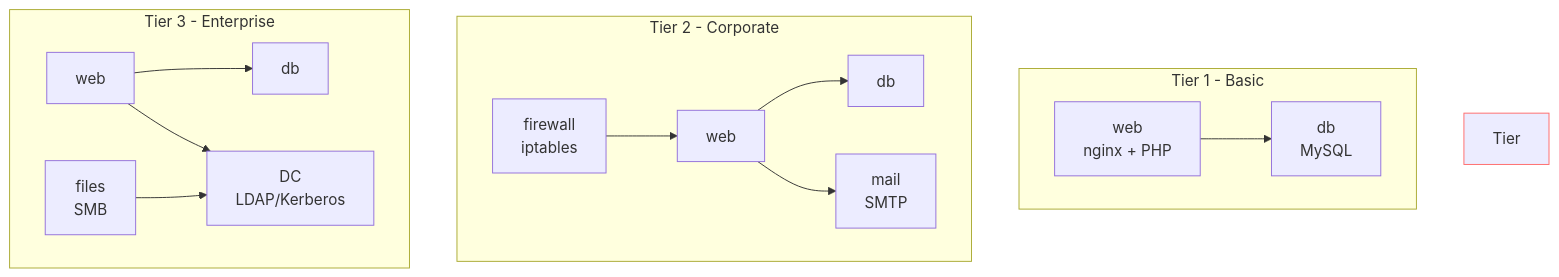
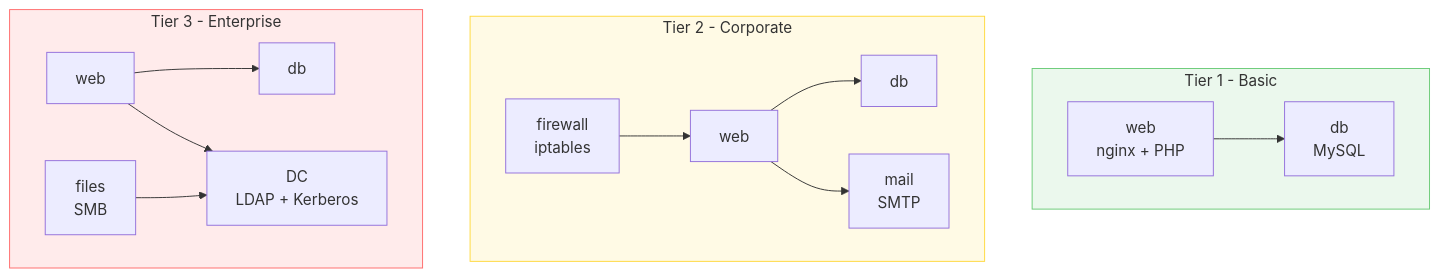
One commit to venca-labs/open-range changed the sixth of 7 diagrams in README.md. Above: the diagram before and after it, drawn with Mermaid. The commit also changed other lines of this file, not shown here.

Commit message:
Fix mermaid rendering errors

````diff
--- a/README.md
+++ b/README.md
@@ -208,22 +208,22 @@
 ```mermaid
 flowchart TD
-    subgraph Tier 1 - Basic
+    subgraph t1 [Tier 1 - Basic]
         W1[web<br/>nginx + PHP] --> D1[db<br/>MySQL]
     end
 
-    subgraph Tier 2 - Corporate
+    subgraph t2 [Tier 2 - Corporate]
         W2[web] --> D2[db]
         W2 --> M2[mail<br/>SMTP]
         FW2[firewall<br/>iptables] --> W2
     end
 
-    subgraph Tier 3 - Enterprise
+    subgraph t3 [Tier 3 - Enterprise]
         W3[web] --> D3[db]
-        W3 --> DC3[DC<br/>LDAP/Kerberos]
+        W3 --> DC3[DC<br/>LDAP + Kerberos]
         FS3[files<br/>SMB] --> DC3
     end
 
-    style Tier 1 - Basic fill:#6bcb7722,stroke:#6bcb77
-    style Tier 2 - Corporate fill:#ffd93d22,stroke:#ffd93d
-    style Tier 3 - Enterprise fill:#ff6b6b22,stroke:#ff6b6b
+    style t1 fill:#6bcb7722,stroke:#6bcb77
+    style t2 fill:#ffd93d22,stroke:#ffd93d
+    style t3 fill:#ff6b6b22,stroke:#ff6b6b
 ```
````
